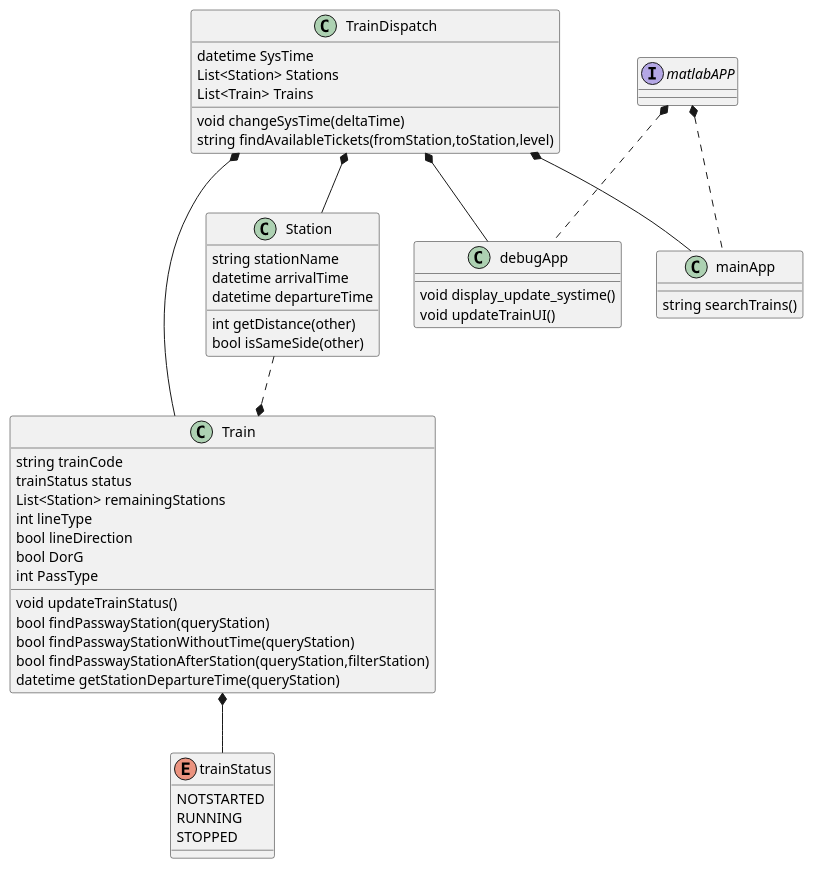
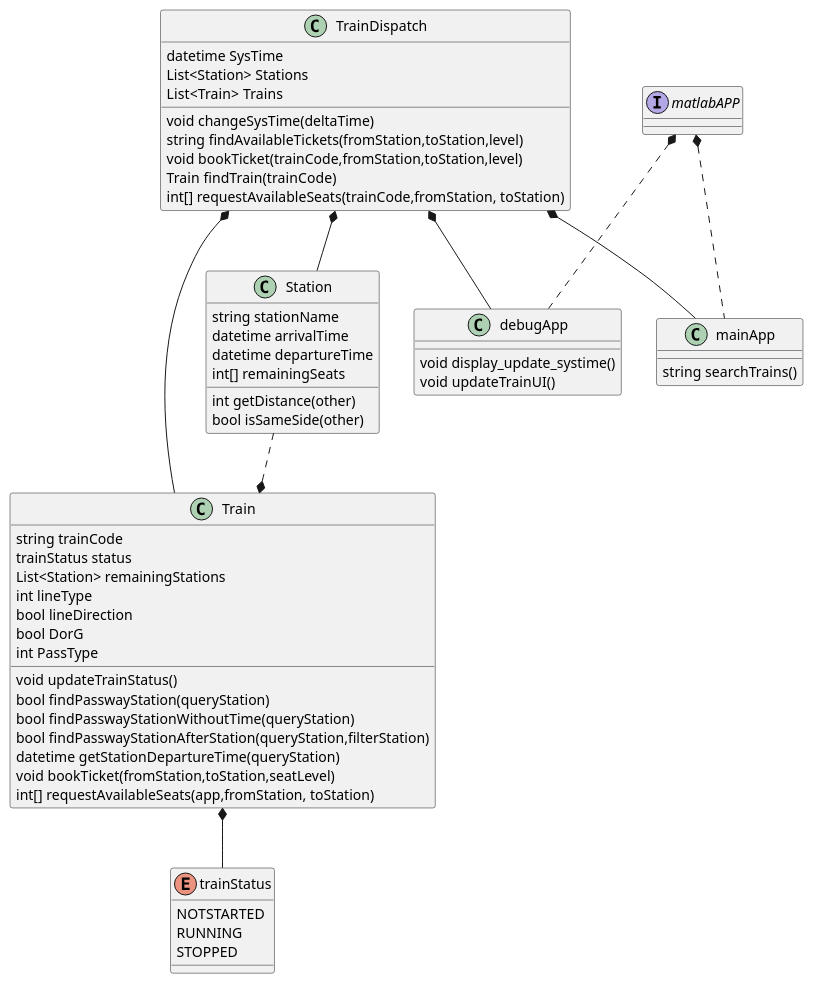
Before and after one commit to arnoliudaxia/CS132-12306: the diagram in docs/UML/ObjectHire.puml, drawn with PlantUML. The commit also changed 6 other files, not shown here.

```diff
--- a/docs/UML/ObjectHire.puml
+++ b/docs/UML/ObjectHire.puml
@@ -1,76 +1,84 @@
 @startuml
 'https://plantuml.com/class-diagram
 
 class TrainDispatch{
 datetime SysTime
 List<Station> Stations
 List<Train> Trains
 
+
 void changeSysTime(deltaTime)
 string findAvailableTickets(fromStation,toStation,level)
+void bookTicket(trainCode,fromStation,toStation,level)
+Train findTrain(trainCode)
+int[] requestAvailableSeats(trainCode,fromStation, toStation)
+
 }
 
 class Train{
  string trainCode
  trainStatus status
  List<Station> remainingStations
  int lineType
  bool lineDirection
  bool DorG
  int PassType
 
  void updateTrainStatus()
  bool findPasswayStation(queryStation)
  bool findPasswayStationWithoutTime(queryStation)
  bool findPasswayStationAfterStation(queryStation,filterStation)
  datetime getStationDepartureTime(queryStation)
-
+ void bookTicket(fromStation,toStation,seatLevel)
+int[] requestAvailableSeats(app,fromStation, toStation)
 
 }
 
 class Station{
     string stationName
     datetime arrivalTime
     datetime departureTime
+ int[] remainingSeats
+
 
     int getDistance(other)
     bool isSameSide(other)
 }
 
 TrainDispatch *-- Train
 TrainDispatch *-- Station
 
 
 Station ..* Train
 
 
 
 enum trainStatus{
     NOTSTARTED
     RUNNING
     STOPPED
 }
 
 Train *-- trainStatus
 
 interface matlabAPP{
 
 }
 
 class debugApp{
     void display_update_systime()
     void updateTrainUI()
 }
 TrainDispatch *-- debugApp
 matlabAPP *.. debugApp
 
 class mainApp{
     string searchTrains()
 }
 TrainDispatch *-- mainApp
 matlabAPP *.. mainApp
 
 
 
 
 @enduml
```
